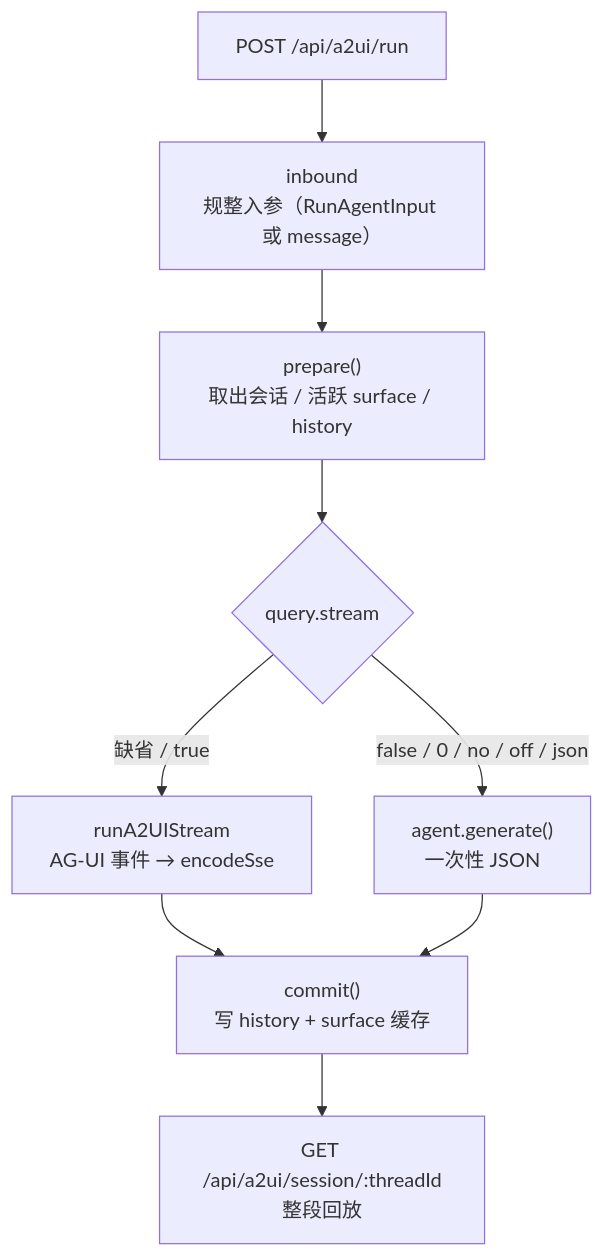
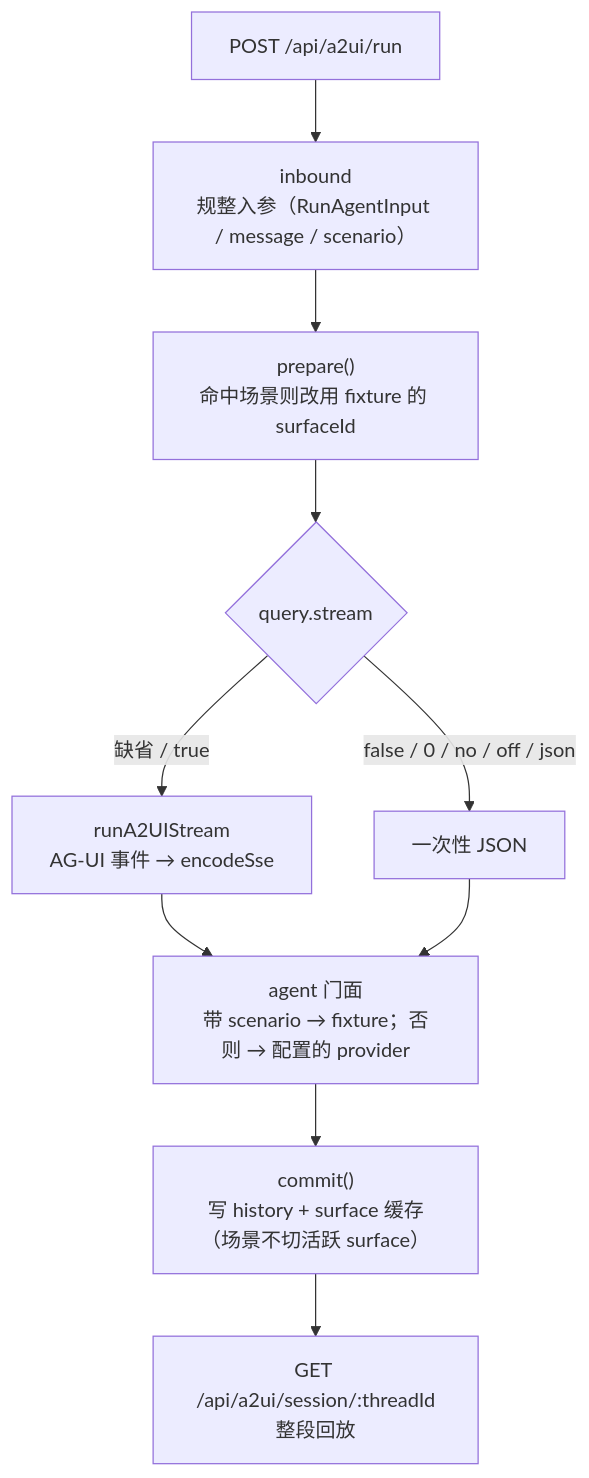
Before and after one commit to 1Egbert1/A2UI: the third of 3 diagrams in README.md, drawn with Mermaid. The commit also changed other lines of this file and 2 other files, not shown here.

First line of the commit message:
docs: 新增 a2ui-agent-prompt 文档并更新 README 与 server 文档

````diff
--- a/README.md
+++ b/README.md
@@ -150,11 +177,12 @@
 ```mermaid
 flowchart TD
-    REQ["POST /api/a2ui/run"] --> IN["inbound<br/>规整入参（RunAgentInput 或 message）"]
-    IN --> PREP["prepare()<br/>取出会话 / 活跃 surface / history"]
+    REQ["POST /api/a2ui/run"] --> IN["inbound<br/>规整入参（RunAgentInput / message / scenario）"]
+    IN --> PREP["prepare()<br/>命中场景则改用 fixture 的 surfaceId"]
     PREP --> Q{"query.stream"}
     Q -->|"缺省 / true"| SSER["runA2UIStream<br/>AG-UI 事件 → encodeSse"]
-    Q -->|"false / 0 / no / off / json"| JRES["agent.generate()<br/>一次性 JSON"]
-    SSER --> COMMIT["commit()<br/>写 history + surface 缓存"]
-    JRES --> COMMIT
+    Q -->|"false / 0 / no / off / json"| JRES["一次性 JSON"]
+    SSER --> AGENT2["agent 门面<br/>带 scenario → fixture；否则 → 配置的 provider"]
+    JRES --> AGENT2
+    AGENT2 --> COMMIT["commit()<br/>写 history + surface 缓存（场景不切活跃 surface）"]
     COMMIT --> SNAP["GET /api/a2ui/session/:threadId<br/>整段回放"]
 ```
````
